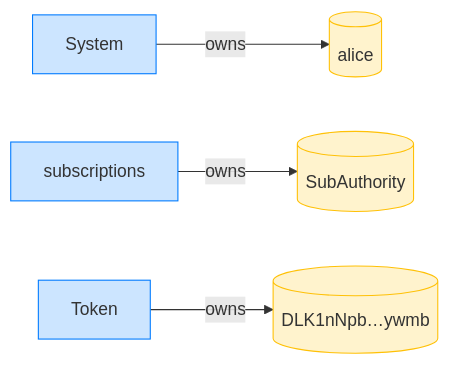
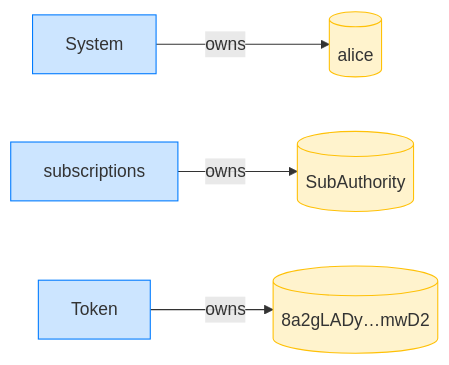
One commit to cds-rs/subscriptions changed the fourth of 20 diagrams in dsl_tests/revoke-a-subscription-after-cancel.md. Above: the diagram before and after it, drawn with Mermaid. The commit also changed other lines of this file and 224 other files, not shown here.

````diff
--- a/dsl_tests/revoke-a-subscription-after-cancel.md
+++ b/dsl_tests/revoke-a-subscription-after-cancel.md
@@ -73,14 +78,14 @@
 ```mermaid
 flowchart LR
     classDef owner fill:#cce5ff,stroke:#007bff;
     classDef account fill:#fff3cd,stroke:#ffc107;
     System[System]:::owner
     alice[(alice)]:::account
     subscriptions[subscriptions]:::owner
     SubAuthority[(SubAuthority)]:::account
     Token[Token]:::owner
-    DLK1nNpb_ywmb[("DLK1nNpb…ywmb")]:::account
+    8a2gLADy_mwD2[("8a2gLADy…mwD2")]:::account
     System -->|owns| alice
     subscriptions -->|owns| SubAuthority
-    Token -->|owns| DLK1nNpb_ywmb
+    Token -->|owns| 8a2gLADy_mwD2
 ```
````
